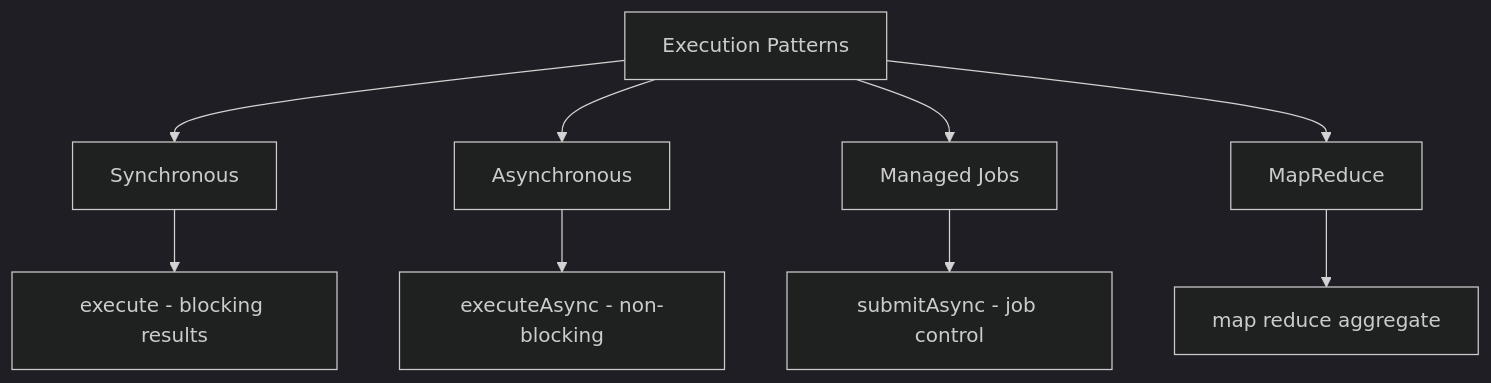
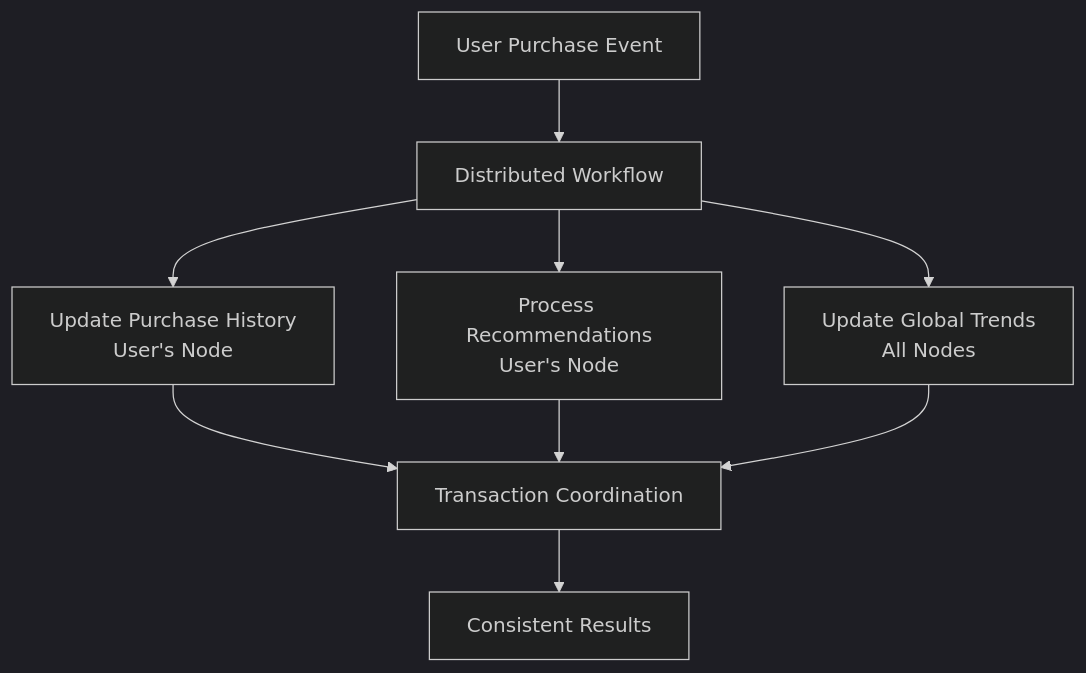
The third of 3 diagrams in docs/04-distributed-operations/03-compute-api-processing.md (maglietti/ignite3-java-api-primer), drawn with Mermaid (dark theme) before and after one commit. The commit also changed other lines of this file and 18 other files, not shown here.

````diff
--- a/docs/04-distributed-operations/03-compute-api-processing.md
+++ b/docs/04-distributed-operations/03-compute-api-processing.md
@@ -83,12 +114,11 @@
 ```mermaid
 graph TB
-    A[Execution Patterns] --> B[Synchronous]
-    A --> C[Asynchronous] 
-    A --> D[Managed Jobs]
-    A --> E[MapReduce]
-    
-    B --> B1[execute - blocking results]
-    C --> C1[executeAsync - non-blocking]
-    D --> D1[submitAsync - job control]
-    E --> E1[map reduce aggregate]
+    A[User Purchase Event] --> B[Distributed Workflow]
+    B --> C[Update Purchase History<br/>User's Node]
+    B --> D[Process Recommendations<br/>User's Node]
+    B --> E[Update Global Trends<br/>All Nodes]
+    C --> F[Transaction Coordination]
+    D --> F
+    E --> F
+    F --> G[Consistent Results]
 ```
````
